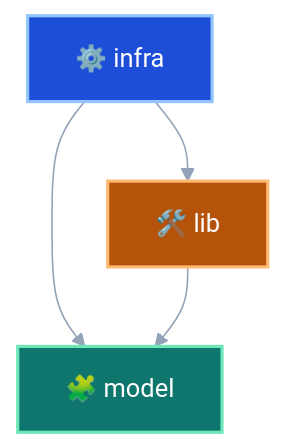
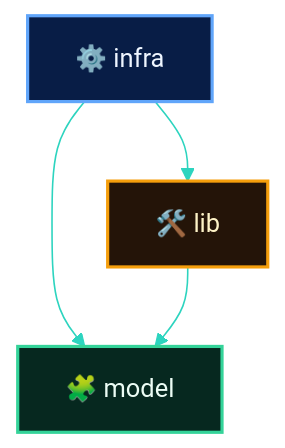
The fourth of 9 diagrams in README.md (matheusdiamantino-betalent/IA), drawn with Mermaid before and after one commit. The commit also changed other lines of this file, not shown here.

````diff
--- a/README.md
+++ b/README.md
@@ -686,24 +720,22 @@
 ```mermaid
-%%{init: {
-  "theme": "base",
-  "themeVariables": {
-    "background": "#07111d",
-    "primaryColor": "#0f172a",
-    "primaryTextColor": "#e5eefb",
-    "primaryBorderColor": "#14b8a6",
-    "secondaryColor": "#111827",
-    "secondaryTextColor": "#e5eefb",
-    "tertiaryColor": "#0b1220",
-    "tertiaryTextColor": "#e5eefb",
-    "lineColor": "#94a3b8"
-  }
-}}%%
+%%{init: {'theme':'base','themeVariables': {
+  'background':'#020617',
+  'primaryColor':'#081120',
+  'primaryTextColor':'#e5eefb',
+  'primaryBorderColor':'#14b8a6',
+  'lineColor':'#2dd4bf',
+  'secondaryColor':'#0b1220',
+  'secondaryTextColor':'#e5eefb',
+  'tertiaryColor':'#111827',
+  'tertiaryTextColor':'#e5eefb',
+  'fontFamily':'Inter, Segoe UI, Arial'
+}}}%%
 flowchart TD
     INFRA["⚙️ infra"] --> MODEL["🧩 model"]
     INFRA --> LIB["🛠️ lib"]
     LIB --> MODEL
 
-    style INFRA fill:#1d4ed8,stroke:#93c5fd,stroke-width:2px,color:#ffffff
-    style MODEL fill:#0f766e,stroke:#6ee7b7,stroke-width:2px,color:#ffffff
-    style LIB fill:#b45309,stroke:#fdba74,stroke-width:2px,color:#ffffff
+    style INFRA fill:#081d46,stroke:#60a5fa,stroke-width:2px,color:#eff6ff
+    style MODEL fill:#06281f,stroke:#34d399,stroke-width:2px,color:#ecfdf5
+    style LIB fill:#241408,stroke:#f59e0b,stroke-width:2px,color:#fef3c7
 ```
````
